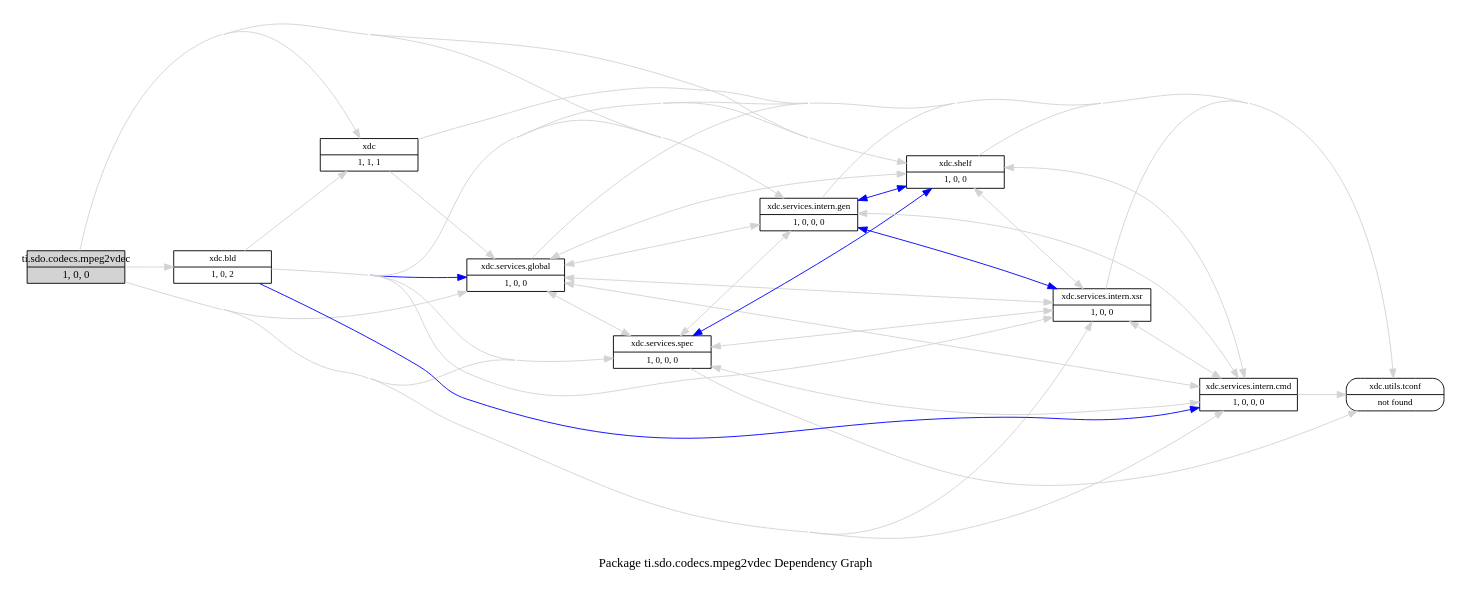
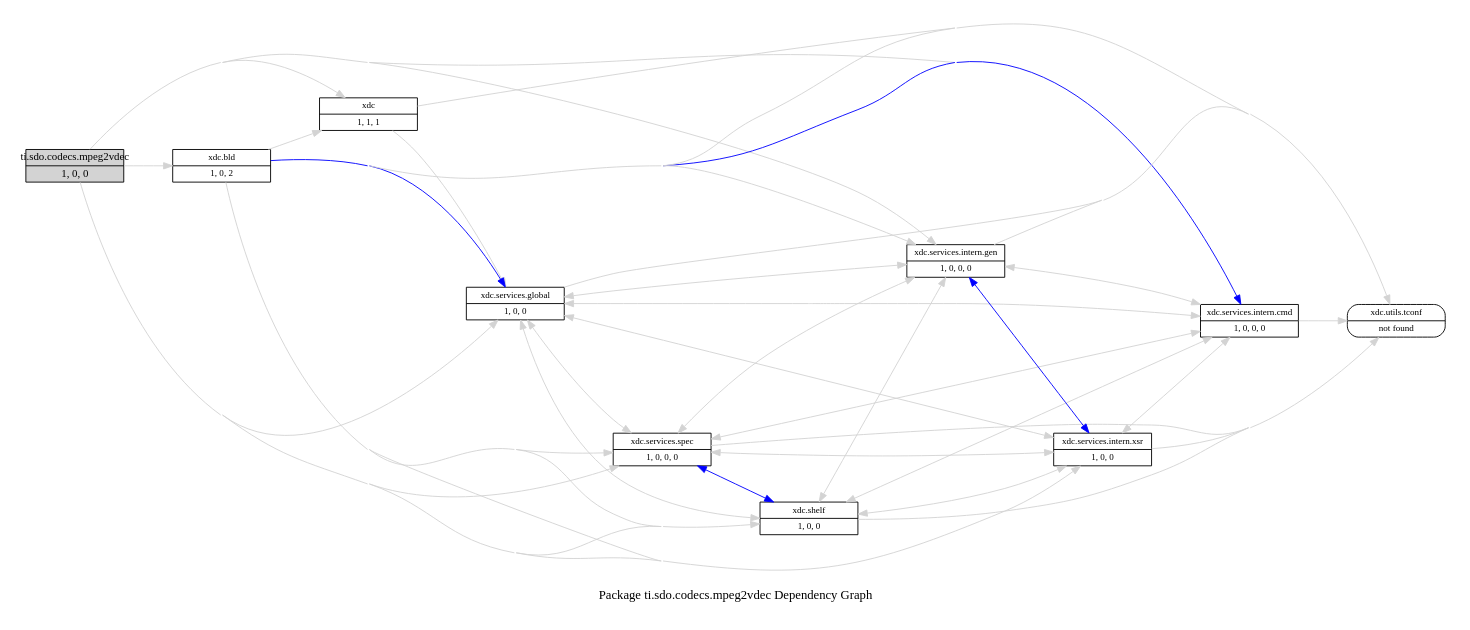
Before and after one commit to liyaoshi/ipumm: the diagram in extrel/ti/ivahd_codecs/packages/ti/sdo/codecs/mpeg2vdec/package/package.rel.dot, drawn with Graphviz. The commit also changed 28 other files, not shown here.

```diff
--- a/extrel/ti/ivahd_codecs/packages/ti/sdo/codecs/mpeg2vdec/package/package.rel.dot
+++ b/extrel/ti/ivahd_codecs/packages/ti/sdo/codecs/mpeg2vdec/package/package.rel.dot
@@ -1,126 +1,126 @@
 digraph dependencies {
     label="\nPackage ti.sdo.codecs.mpeg2vdec Dependency Graph";
     size="7.5,10";
     rankdir=LR;
     ranksep=".75";
     concentrate="true";
     node [fixedsize=true, width=1.5, style=filled, color=black];
     node [font=Helvetica, fontsize=12, fillcolor=lightgrey];
     ti_sdo_codecs_mpeg2vdec [shape=record,label="ti.sdo.codecs.mpeg2vdec|1, 0, 0", URL="package.rel.xml"];
     node [fontsize=10, fillcolor=white];
 
     edge [style=solid, color=blue]
 
     edge [style=solid, color=lightgrey]
-    xdc_services_global [shape=record,label="xdc.services.global|1, 0, 0", URL="../G:\TI_Tools\xdctools_3_20_04_68\packages\xdc\services\global\package/package.rel.svg"];
+    xdc [shape=record,label="xdc|1, 1, 1", URL="../E:\ccs4_install\xdctools_3_20_01_42_eng\packages\xdc\package/package.rel.svg"];
+    ti_sdo_codecs_mpeg2vdec -> xdc;
+    xdc_services_global [shape=record,label="xdc.services.global|1, 0, 0", URL="../E:\ccs4_install\xdctools_3_20_01_42_eng\packages\xdc\services\global\package/package.rel.svg"];
     ti_sdo_codecs_mpeg2vdec -> xdc_services_global;
-    xdc_services_spec [shape=record,label="xdc.services.spec|1, 0, 0, 0", URL="../G:\TI_Tools\xdctools_3_20_04_68\packages\xdc\services\spec\package/package.rel.svg"];
+    xdc_services_spec [shape=record,label="xdc.services.spec|1, 0, 0, 0", URL="../E:\ccs4_install\xdctools_3_20_01_42_eng\packages\xdc\services\spec\package/package.rel.svg"];
     ti_sdo_codecs_mpeg2vdec -> xdc_services_spec;
-    xdc_services_intern_gen [shape=record,label="xdc.services.intern.gen|1, 0, 0, 0", URL="../G:\TI_Tools\xdctools_3_20_04_68\packages\xdc\services\intern\gen\package/package.rel.svg"];
+    xdc_shelf [shape=record,label="xdc.shelf|1, 0, 0", URL="../E:\ccs4_install\xdctools_3_20_01_42_eng\packages\xdc\shelf\package/package.rel.svg"];
+    ti_sdo_codecs_mpeg2vdec -> xdc_shelf;
+    xdc_services_intern_cmd [shape=record,label="xdc.services.intern.cmd|1, 0, 0, 0", URL="../E:\ccs4_install\xdctools_3_20_01_42_eng\packages\xdc\services\intern\cmd\package/package.rel.svg"];
+    ti_sdo_codecs_mpeg2vdec -> xdc_services_intern_cmd;
+    xdc_services_intern_xsr [shape=record,label="xdc.services.intern.xsr|1, 0, 0", URL="../E:\ccs4_install\xdctools_3_20_01_42_eng\packages\xdc\services\intern\xsr\package/package.rel.svg"];
+    ti_sdo_codecs_mpeg2vdec -> xdc_services_intern_xsr;
+    xdc_bld [shape=record,label="xdc.bld|1, 0, 2", URL="../E:\ccs4_install\xdctools_3_20_01_42_eng\packages\xdc\bld\package/package.rel.svg"];
+    ti_sdo_codecs_mpeg2vdec -> xdc_bld;
+    xdc_services_intern_gen [shape=record,label="xdc.services.intern.gen|1, 0, 0, 0", URL="../E:\ccs4_install\xdctools_3_20_01_42_eng\packages\xdc\services\intern\gen\package/package.rel.svg"];
     ti_sdo_codecs_mpeg2vdec -> xdc_services_intern_gen;
-    xdc [shape=record,label="xdc|1, 1, 1", URL="../G:\TI_Tools\xdctools_3_20_04_68\packages\xdc\package/package.rel.svg"];
-    ti_sdo_codecs_mpeg2vdec -> xdc;
-    xdc_bld [shape=record,label="xdc.bld|1, 0, 2", URL="../G:\TI_Tools\xdctools_3_20_04_68\packages\xdc\bld\package/package.rel.svg"];
-    ti_sdo_codecs_mpeg2vdec -> xdc_bld;
-    xdc_services_intern_cmd [shape=record,label="xdc.services.intern.cmd|1, 0, 0, 0", URL="../G:\TI_Tools\xdctools_3_20_04_68\packages\xdc\services\intern\cmd\package/package.rel.svg"];
-    ti_sdo_codecs_mpeg2vdec -> xdc_services_intern_cmd;
-    xdc_services_intern_xsr [shape=record,label="xdc.services.intern.xsr|1, 0, 0", URL="../G:\TI_Tools\xdctools_3_20_04_68\packages\xdc\services\intern\xsr\package/package.rel.svg"];
-    ti_sdo_codecs_mpeg2vdec -> xdc_services_intern_xsr;
-    xdc_shelf [shape=record,label="xdc.shelf|1, 0, 0", URL="../G:\TI_Tools\xdctools_3_20_04_68\packages\xdc\shelf\package/package.rel.svg"];
-    ti_sdo_codecs_mpeg2vdec -> xdc_shelf;
 
     edge [style=solid, color=blue]
+    xdc_services_intern_gen -> xdc_shelf;
+    xdc_services_intern_gen -> xdc_services_spec;
+    xdc_services_intern_gen -> xdc_services_global;
+    xdc_services_intern_gen -> xdc_services_intern_xsr;
 
     edge [style=solid, color=lightgrey]
-    xdc_shelf -> xdc_services_spec;
-    xdc_shelf -> xdc_services_intern_cmd;
+    xdc_services_intern_gen -> xdc_shelf;
+    xdc_services_intern_gen -> xdc_services_spec;
     xdc_utils_tconf [shape=record,label="xdc.utils.tconf|not found"style=rounded, ];
-    xdc_shelf -> xdc_utils_tconf;
-    xdc_shelf -> xdc_services_intern_xsr;
-    xdc_shelf -> xdc_services_intern_gen;
-    xdc_shelf -> xdc_services_global;
+    xdc_services_intern_gen -> xdc_utils_tconf;
+    xdc_services_intern_gen -> xdc_services_global;
+    xdc_services_intern_gen -> xdc_services_intern_cmd;
+    xdc_services_intern_gen -> xdc_services_intern_xsr;
 
     edge [style=solid, color=blue]
 
     edge [style=solid, color=lightgrey]
 
     edge [style=solid, color=blue]
+    xdc_bld -> xdc_services_global;
+    xdc_bld -> xdc_services_intern_cmd;
+
+    edge [style=solid, color=lightgrey]
+    xdc_bld -> xdc_shelf;
+    xdc_bld -> xdc_services_spec;
+    xdc_bld -> xdc_utils_tconf;
+    xdc_bld -> xdc_services_global;
+    xdc_bld -> xdc;
+    xdc_bld -> xdc_services_intern_cmd;
+    xdc_bld -> xdc_services_intern_xsr;
+    xdc_bld -> xdc_services_intern_gen;
+
+    edge [style=solid, color=blue]
     xdc_services_intern_xsr -> xdc_services_global;
 
     edge [style=solid, color=lightgrey]
+    xdc_services_intern_xsr -> xdc_shelf;
     xdc_services_intern_xsr -> xdc_services_spec;
+    xdc_services_intern_xsr -> xdc_utils_tconf;
+    xdc_services_intern_xsr -> xdc_services_global;
     xdc_services_intern_xsr -> xdc_services_intern_cmd;
-    xdc_services_intern_xsr -> xdc_utils_tconf;
-    xdc_services_intern_xsr -> xdc_shelf;
     xdc_services_intern_xsr -> xdc_services_intern_gen;
-    xdc_services_intern_xsr -> xdc_services_global;
 
     edge [style=solid, color=blue]
     xdc_services_intern_cmd -> xdc_shelf;
     xdc_services_intern_cmd -> xdc_services_spec;
     xdc_services_intern_cmd -> xdc_services_global;
     xdc_services_intern_cmd -> xdc_services_intern_gen;
 
     edge [style=solid, color=lightgrey]
+    xdc_services_intern_cmd -> xdc_shelf;
     xdc_services_intern_cmd -> xdc_services_spec;
     xdc_services_intern_cmd -> xdc_utils_tconf;
+    xdc_services_intern_cmd -> xdc_services_global;
     xdc_services_intern_cmd -> xdc_services_intern_xsr;
-    xdc_services_intern_cmd -> xdc_shelf;
     xdc_services_intern_cmd -> xdc_services_intern_gen;
-    xdc_services_intern_cmd -> xdc_services_global;
 
     edge [style=solid, color=blue]
-    xdc_bld -> xdc_services_global;
-    xdc_bld -> xdc_services_intern_cmd;
 
     edge [style=solid, color=lightgrey]
-    xdc_bld -> xdc_services_spec;
-    xdc_bld -> xdc_services_intern_cmd;
-    xdc_bld -> xdc_utils_tconf;
-    xdc_bld -> xdc;
-    xdc_bld -> xdc_services_intern_xsr;
-    xdc_bld -> xdc_shelf;
-    xdc_bld -> xdc_services_intern_gen;
-    xdc_bld -> xdc_services_global;
+    xdc_shelf -> xdc_services_spec;
+    xdc_shelf -> xdc_utils_tconf;
+    xdc_shelf -> xdc_services_global;
+    xdc_shelf -> xdc_services_intern_cmd;
+    xdc_shelf -> xdc_services_intern_xsr;
+    xdc_shelf -> xdc_services_intern_gen;
+
+    edge [style=solid, color=blue]
+    xdc_services_spec -> xdc_shelf;
+
+    edge [style=solid, color=lightgrey]
+    xdc_services_spec -> xdc_shelf;
+    xdc_services_spec -> xdc_utils_tconf;
+    xdc_services_spec -> xdc_services_global;
+    xdc_services_spec -> xdc_services_intern_cmd;
+    xdc_services_spec -> xdc_services_intern_xsr;
+    xdc_services_spec -> xdc_services_intern_gen;
+
+    edge [style=solid, color=blue]
+
+    edge [style=solid, color=lightgrey]
+    xdc_services_global -> xdc_shelf;
+    xdc_services_global -> xdc_services_spec;
+    xdc_services_global -> xdc_utils_tconf;
+    xdc_services_global -> xdc_services_intern_cmd;
+    xdc_services_global -> xdc_services_intern_xsr;
+    xdc_services_global -> xdc_services_intern_gen;
 
     edge [style=solid, color=blue]
 
     edge [style=solid, color=lightgrey]
     xdc -> xdc_services_global;
     xdc -> xdc_utils_tconf;
-
-    edge [style=solid, color=blue]
-    xdc_services_intern_gen -> xdc_shelf;
-    xdc_services_intern_gen -> xdc_services_spec;
-    xdc_services_intern_gen -> xdc_services_global;
-    xdc_services_intern_gen -> xdc_services_intern_xsr;
-
-    edge [style=solid, color=lightgrey]
-    xdc_services_intern_gen -> xdc_services_spec;
-    xdc_services_intern_gen -> xdc_services_intern_cmd;
-    xdc_services_intern_gen -> xdc_utils_tconf;
-    xdc_services_intern_gen -> xdc_services_intern_xsr;
-    xdc_services_intern_gen -> xdc_shelf;
-    xdc_services_intern_gen -> xdc_services_global;
-
-    edge [style=solid, color=blue]
-    xdc_services_spec -> xdc_shelf;
-
-    edge [style=solid, color=lightgrey]
-    xdc_services_spec -> xdc_services_intern_cmd;
-    xdc_services_spec -> xdc_utils_tconf;
-    xdc_services_spec -> xdc_services_intern_xsr;
-    xdc_services_spec -> xdc_shelf;
-    xdc_services_spec -> xdc_services_intern_gen;
-    xdc_services_spec -> xdc_services_global;
-
-    edge [style=solid, color=blue]
-
-    edge [style=solid, color=lightgrey]
-    xdc_services_global -> xdc_services_spec;
-    xdc_services_global -> xdc_services_intern_cmd;
-    xdc_services_global -> xdc_utils_tconf;
-    xdc_services_global -> xdc_services_intern_xsr;
-    xdc_services_global -> xdc_shelf;
-    xdc_services_global -> xdc_services_intern_gen;
 }
```
